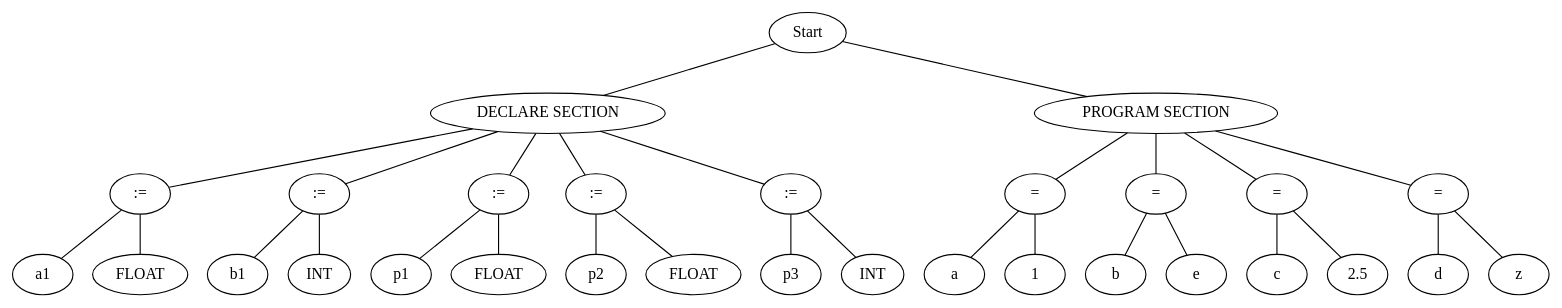
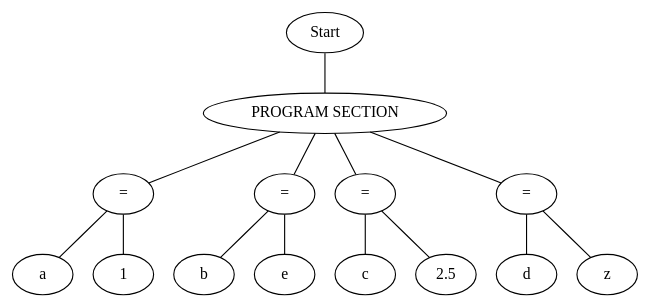
Before and after one commit to pitta1881/TEO1-Lexico: the diagram in arbol.dot, drawn with Graphviz. The commit also changed 11 other files, not shown here.

```diff
--- a/arbol.dot
+++ b/arbol.dot
@@ -1,60 +1,28 @@
 graph G {node_start [label="Start"]
-nodo_429081982 [label="DECLARE SECTION"]
-node_start -- nodo_429081982
-nodo_1086858125 [label=":="]
-nodo_429081982 -- nodo_1086858125
-nodo_968244440 [label="a1"]
-nodo_1086858125 -- nodo_968244440
-nodo_1505092764 [label="FLOAT"]
-nodo_1086858125 -- nodo_1505092764
-nodo_1660352399 [label=":="]
-nodo_429081982 -- nodo_1660352399
-nodo_1663267863 [label="b1"]
-nodo_1660352399 -- nodo_1663267863
-nodo_1811661911 [label="INT"]
-nodo_1660352399 -- nodo_1811661911
-nodo_496786608 [label=":="]
-nodo_429081982 -- nodo_496786608
-nodo_1216580099 [label="p1"]
-nodo_496786608 -- nodo_1216580099
-nodo_821615816 [label="FLOAT"]
-nodo_496786608 -- nodo_821615816
-nodo_93618172 [label=":="]
-nodo_429081982 -- nodo_93618172
-nodo_2056440354 [label="p2"]
-nodo_93618172 -- nodo_2056440354
-nodo_781554913 [label="FLOAT"]
-nodo_93618172 -- nodo_781554913
-nodo_1484591975 [label=":="]
-nodo_429081982 -- nodo_1484591975
-nodo_2117139467 [label="p3"]
-nodo_1484591975 -- nodo_2117139467
-nodo_312474165 [label="INT"]
-nodo_1484591975 -- nodo_312474165
-nodo_271533595 [label="PROGRAM SECTION"]
-node_start -- nodo_271533595
-nodo_844744751 [label="="]
-nodo_271533595 -- nodo_844744751
-nodo_1813555311 [label="a"]
-nodo_844744751 -- nodo_1813555311
-nodo_1203058133 [label="1"]
-nodo_844744751 -- nodo_1203058133
-nodo_714289102 [label="="]
-nodo_271533595 -- nodo_714289102
-nodo_1459065347 [label="b"]
-nodo_714289102 -- nodo_1459065347
-nodo_2131034978 [label="e"]
-nodo_714289102 -- nodo_2131034978
-nodo_292588234 [label="="]
-nodo_271533595 -- nodo_292588234
-nodo_581843573 [label="c"]
-nodo_292588234 -- nodo_581843573
-nodo_1218696105 [label="2.5"]
-nodo_292588234 -- nodo_1218696105
-nodo_535484364 [label="="]
-nodo_271533595 -- nodo_535484364
-nodo_173615137 [label="d"]
-nodo_535484364 -- nodo_173615137
-nodo_1501025933 [label="z"]
-nodo_535484364 -- nodo_1501025933
+nodo_73604635 [label="PROGRAM SECTION"]
+node_start -- nodo_73604635
+nodo_1496350681 [label="="]
+nodo_73604635 -- nodo_1496350681
+nodo_981727902 [label="a"]
+nodo_1496350681 -- nodo_981727902
+nodo_1427782106 [label="1"]
+nodo_1496350681 -- nodo_1427782106
+nodo_431382684 [label="="]
+nodo_73604635 -- nodo_431382684
+nodo_1126308548 [label="b"]
+nodo_431382684 -- nodo_1126308548
+nodo_1716539188 [label="e"]
+nodo_431382684 -- nodo_1716539188
+nodo_1644199629 [label="="]
+nodo_73604635 -- nodo_1644199629
+nodo_1209553041 [label="c"]
+nodo_1644199629 -- nodo_1209553041
+nodo_465540972 [label="2.5"]
+nodo_1644199629 -- nodo_465540972
+nodo_2138198720 [label="="]
+nodo_73604635 -- nodo_2138198720
+nodo_509980149 [label="d"]
+nodo_2138198720 -- nodo_509980149
+nodo_343140976 [label="z"]
+nodo_2138198720 -- nodo_343140976
 }
```
